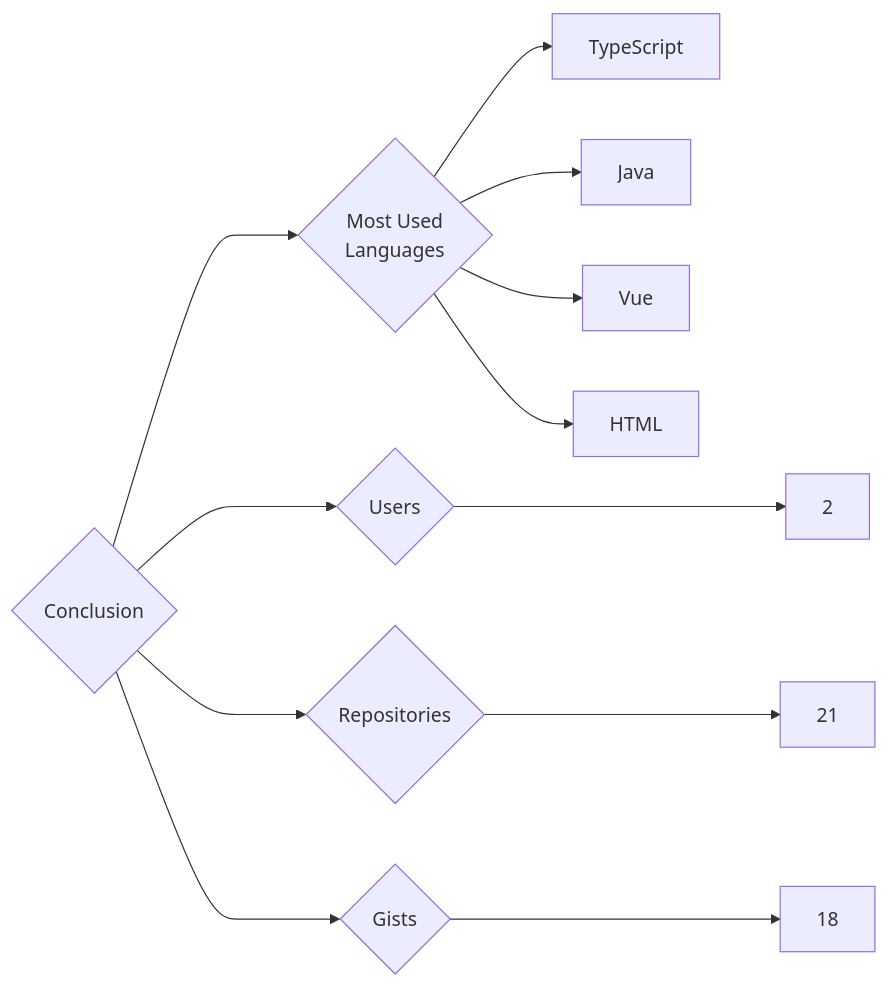
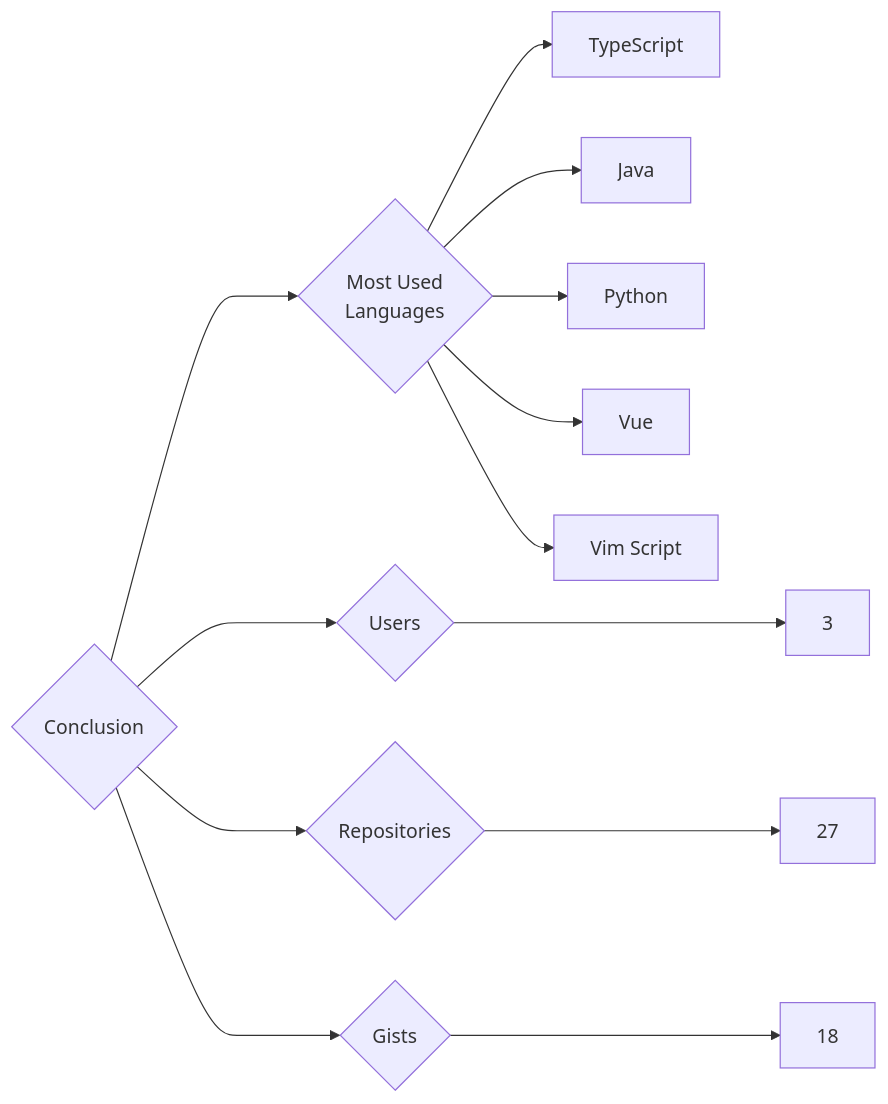
The diagram in targets/Conclusion/README.md (trickest/insiders), drawn with Mermaid before and after one commit. The commit also changed 1078 other files, not shown here.

````diff
--- a/targets/Conclusion/README.md
+++ b/targets/Conclusion/README.md
@@ -3,12 +3,13 @@
 ```mermaid
 graph LR
 COMPANY_NAME{Conclusion}
-COMPANY_NAME ---> U{Users} ---> UN[2]
-COMPANY_NAME ---> R{Repositories} ---> RN[21]
+COMPANY_NAME ---> U{Users} ---> UN[3]
+COMPANY_NAME ---> R{Repositories} ---> RN[27]
 COMPANY_NAME ---> G{Gists} ---> GN[18]
 COMPANY_NAME ---> ML{Most Used<br>Languages}
 ML --> TypeScript[TypeScript]
 ML --> Java[Java]
+ML --> Python[Python]
 ML --> Vue[Vue]
-ML --> HTML[HTML]
+ML --> Vim_Script[Vim Script]
 ```
````
